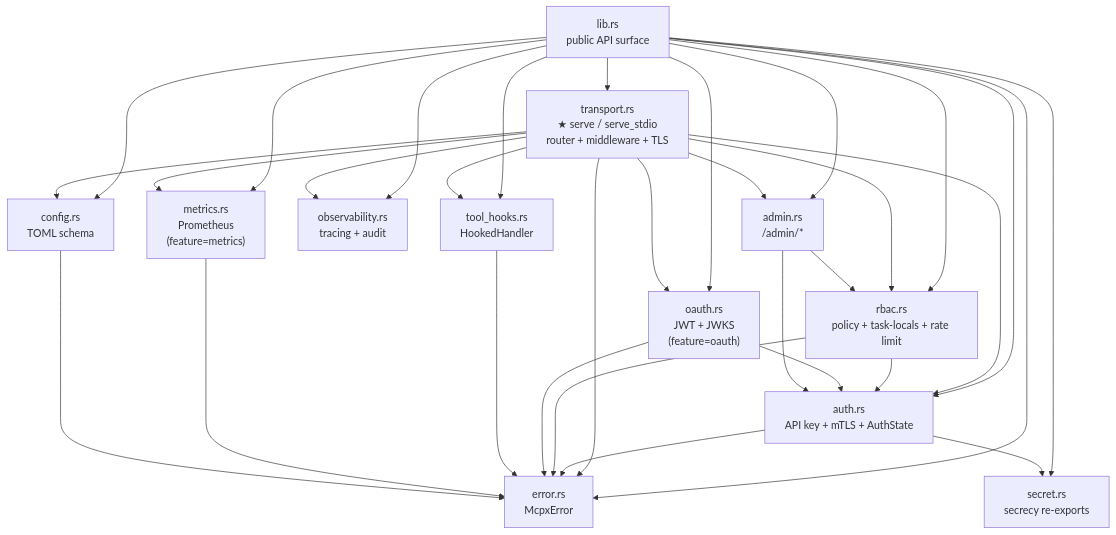
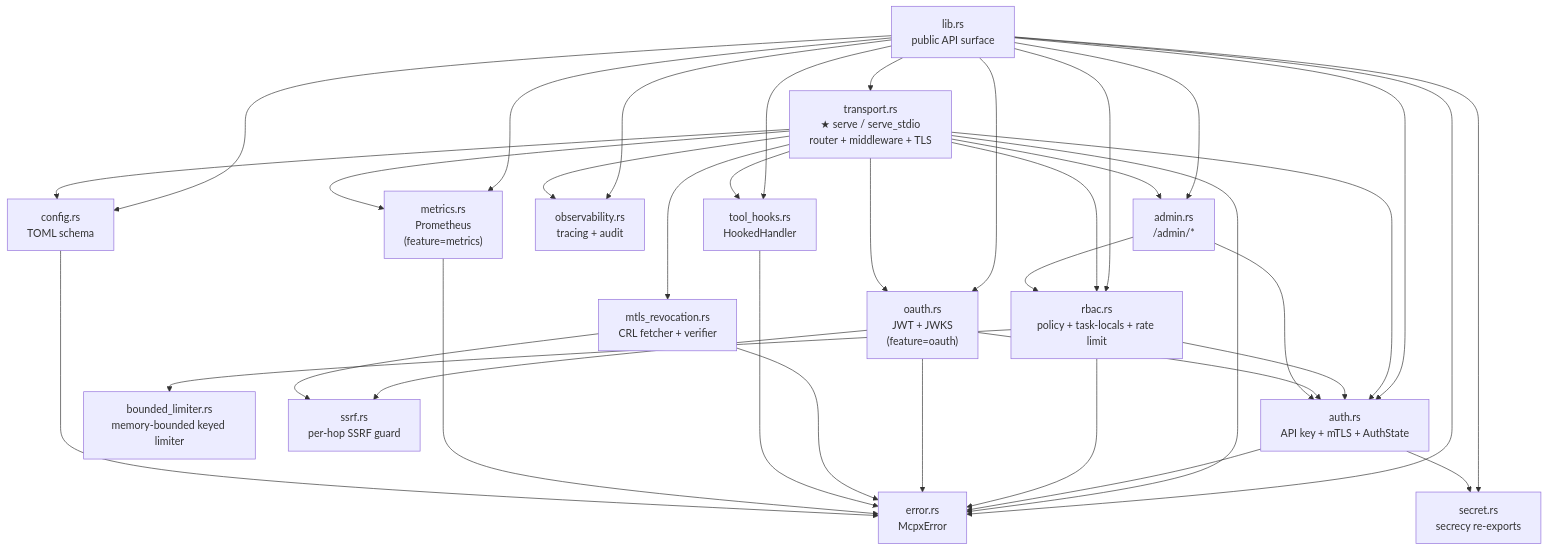
The fourth of 4 diagrams in docs/MINDMAP.md (andrico21/rmcp-server-kit), drawn with Mermaid before and after one commit. The commit also changed other lines of this file and 7 other files, not shown here.

First line of the commit message:
docs: refresh AGENTS/ARCHITECTURE/MINDMAP/CHANGELOG for 1.3.1

````diff
--- a/docs/MINDMAP.md
+++ b/docs/MINDMAP.md
@@ -326,49 +356,57 @@
 ```mermaid
 graph TD
     lib[lib.rs<br/>public API surface]
     transport[transport.rs<br/>★ serve / serve_stdio<br/>router + middleware + TLS]
     auth[auth.rs<br/>API key + mTLS + AuthState]
     rbac[rbac.rs<br/>policy + task-locals + rate limit]
+    bl[bounded_limiter.rs<br/>memory-bounded keyed limiter]
     oauth["oauth.rs<br/>JWT + JWKS<br/>(feature=oauth)"]
+    ssrf[ssrf.rs<br/>per-hop SSRF guard]
+    mtlsr[mtls_revocation.rs<br/>CRL fetcher + verifier]
     admin[admin.rs<br/>/admin/*]
     hooks[tool_hooks.rs<br/>HookedHandler]
     obs[observability.rs<br/>tracing + audit]
     metrics["metrics.rs<br/>Prometheus<br/>(feature=metrics)"]
     config[config.rs<br/>TOML schema]
     error[error.rs<br/>McpxError]
     secret[secret.rs<br/>secrecy re-exports]
 
     lib --> transport
     lib --> auth
     lib --> rbac
     lib --> oauth
     lib --> admin
     lib --> hooks
     lib --> obs
     lib --> metrics
     lib --> config
     lib --> error
     lib --> secret
 
     transport --> auth
     transport --> rbac
     transport --> oauth
+    transport --> mtlsr
     transport --> admin
     transport --> hooks
     transport --> obs
     transport --> metrics
     transport --> config
     transport --> error
 
     auth --> error
     auth --> secret
     rbac --> error
     rbac --> auth
+    rbac --> bl
     oauth --> error
     oauth --> auth
+    oauth --> ssrf
+    mtlsr --> ssrf
+    mtlsr --> error
     admin --> auth
     admin --> rbac
     hooks --> error
     metrics --> error
     config --> error
 ```
````
